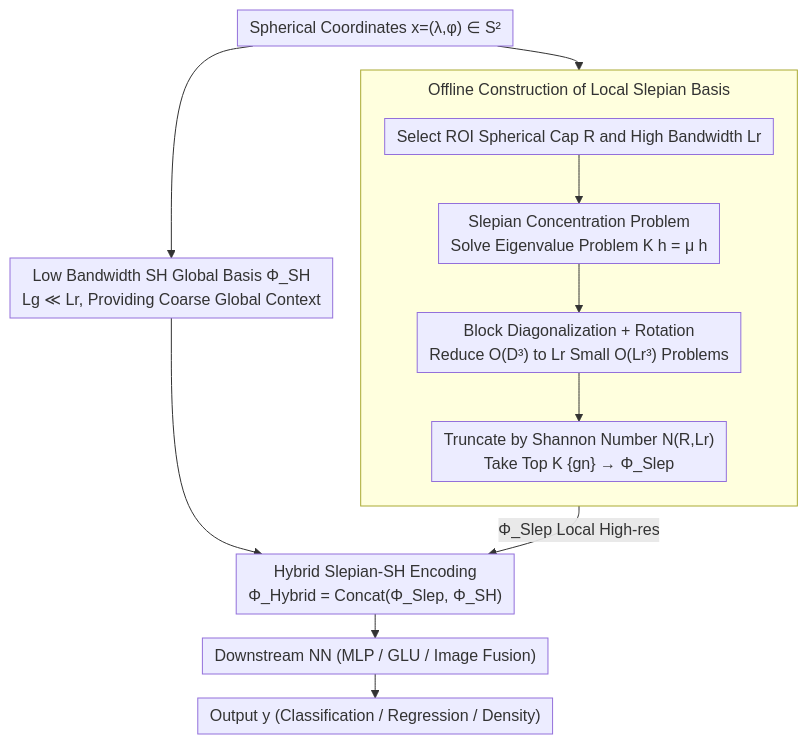
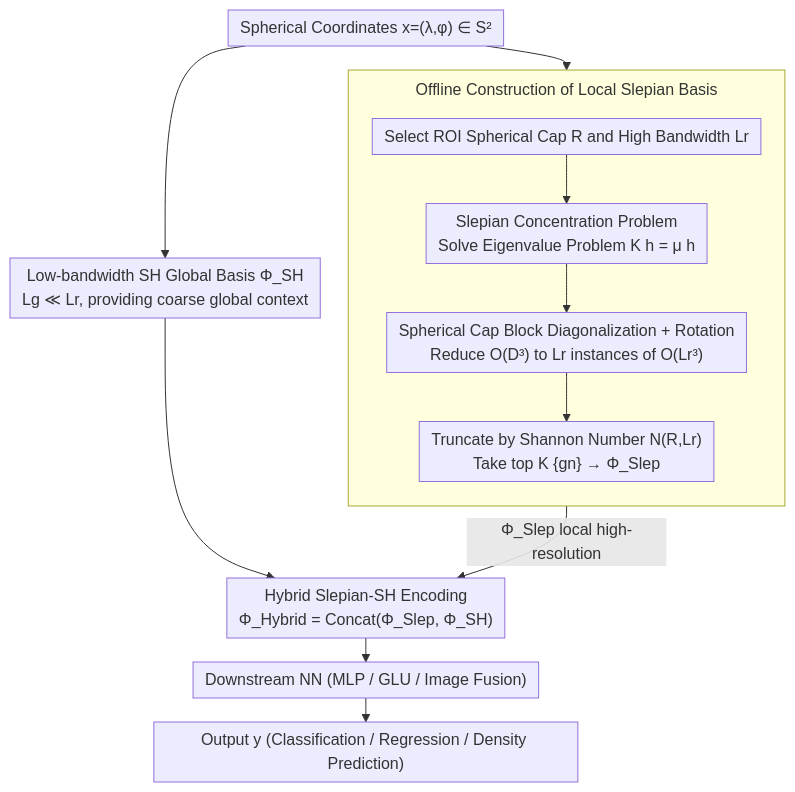
The diagram in docs/ICML2026/remote_sensing/localized_high-resolution_geographic_representations_with_slepian_functions.md (zhaoyang97/Paper-Notes-en), drawn with Mermaid before and after one commit. The commit also changed other lines of this file and 5084 other files, not shown here.

````diff
--- a/docs/ICML2026/remote_sensing/localized_high-resolution_geographic_representations_with_slepian_functions.md
+++ b/docs/ICML2026/remote_sensing/localized_high-resolution_geographic_representations_with_slepian_functions.md
@@ -42,20 +42,20 @@
 ```mermaid
 %%{init: {'flowchart': {'rankSpacing': 24, 'nodeSpacing': 28, 'padding': 6, 'wrappingWidth': 400, 'subGraphTitleMargin': {'top': 8, 'bottom': 16}}}}%%
 flowchart TD
     X["Spherical Coordinates x=(λ,φ) ∈ S²"]
     subgraph OFF["Offline Construction of Local Slepian Basis"]
         direction TB
         A["Select ROI Spherical Cap R and High Bandwidth Lr"]
         B["Slepian Concentration Problem<br/>Solve Eigenvalue Problem K h = μ h"]
-        C["Block Diagonalization + Rotation<br/>Reduce O(D³) to Lr Small O(Lr³) Problems"]
-        D["Truncate by Shannon Number N(R,Lr)<br/>Take Top K {gn} → Φ_Slep"]
+        C["Spherical Cap Block Diagonalization + Rotation<br/>Reduce O(D³) to Lr instances of O(Lr³)"]
+        D["Truncate by Shannon Number N(R,Lr)<br/>Take top K {gn} → Φ_Slep"]
         A --> B --> C --> D
     end
-    SH["Low Bandwidth SH Global Basis Φ_SH<br/>Lg ≪ Lr, Providing Coarse Global Context"]
+    SH["Low-bandwidth SH Global Basis Φ_SH<br/>Lg ≪ Lr, providing coarse global context"]
     X --> OFF
     X --> SH
-    OFF -->|Φ_Slep Local High-res| H["Hybrid Slepian-SH Encoding<br/>Φ_Hybrid = Concat(Φ_Slep, Φ_SH)"]
+    OFF -->|Φ_Slep local high-resolution| H["Hybrid Slepian-SH Encoding<br/>Φ_Hybrid = Concat(Φ_Slep, Φ_SH)"]
     SH --> H
     H --> NN["Downstream NN (MLP / GLU / Image Fusion)"]
-    NN --> Y["Output y (Classification / Regression / Density)"]
+    NN --> Y["Output y (Classification / Regression / Density Prediction)"]
 ```
````
